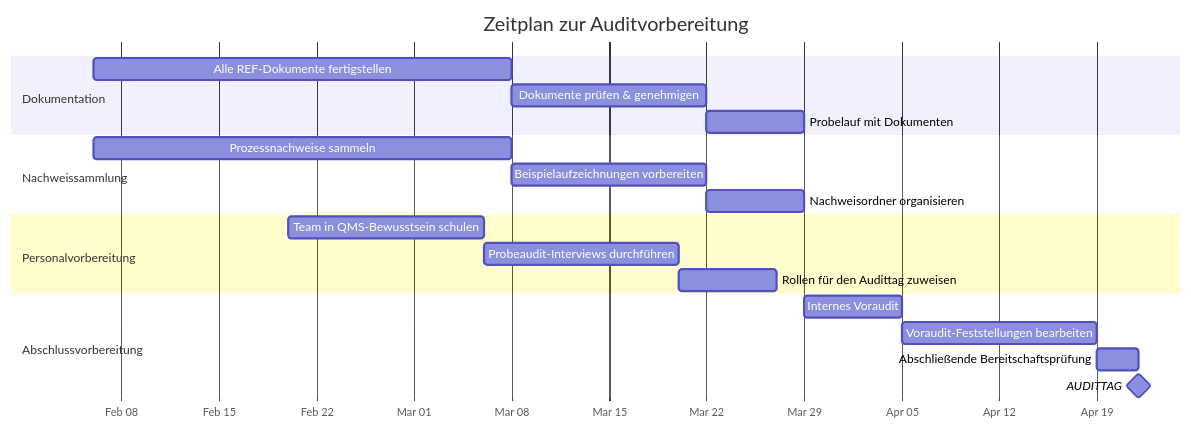
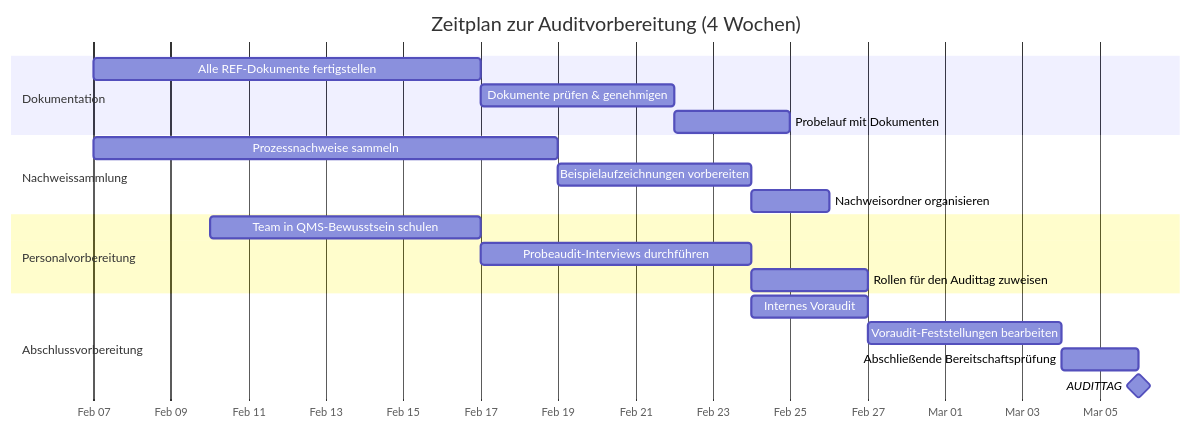
Before and after one commit to fwornle/iso-9001: the third of 3 diagrams in docs/getting-started/preparation-checklist.de.md, drawn with Mermaid. The commit also changed other lines of this file and 41 other files, not shown here.

````diff
--- a/docs/getting-started/preparation-checklist.de.md
+++ b/docs/getting-started/preparation-checklist.de.md
@@ -14,27 +217,27 @@
-```mermaid
-gantt
-    title Zeitplan zur Auditvorbereitung
-    dateFormat YYYY-MM-DD
-    axisFormat %b %d
+    ```mermaid
+    gantt
+        title Zeitplan zur Auditvorbereitung (4 Wochen)
+        dateFormat YYYY-MM-DD
+        axisFormat %b %d
 
-    section Dokumentation
-    Alle REF-Dokumente fertigstellen     :a1, 2026-02-06, 30d
-    Dokumente prüfen & genehmigen        :a2, after a1, 14d
-    Probelauf mit Dokumenten              :a3, after a2, 7d
+        section Dokumentation
+        Alle REF-Dokumente fertigstellen     :a1, 2026-02-07, 10d
+        Dokumente prüfen & genehmigen        :a2, after a1, 5d
+        Probelauf mit Dokumenten              :a3, after a2, 3d
 
-    section Nachweissammlung
-    Prozessnachweise sammeln              :b1, 2026-02-06, 30d
-    Beispielaufzeichnungen vorbereiten    :b2, after b1, 14d
-    Nachweisordner organisieren           :b3, after b2, 7d
+        section Nachweissammlung
+        Prozessnachweise sammeln              :b1, 2026-02-07, 12d
+        Beispielaufzeichnungen vorbereiten    :b2, after b1, 5d
+        Nachweisordner organisieren           :b3, after b2, 2d
 
-    section Personalvorbereitung
-    Team in QMS-Bewusstsein schulen       :c1, 2026-02-20, 14d
-    Probeaudit-Interviews durchführen     :c2, after c1, 14d
-    Rollen für den Audittag zuweisen      :c3, after c2, 7d
+        section Personalvorbereitung
+        Team in QMS-Bewusstsein schulen       :c1, 2026-02-10, 7d
+        Probeaudit-Interviews durchführen     :c2, after c1, 7d
+        Rollen für den Audittag zuweisen      :c3, after c2, 3d
 
-    section Abschlussvorbereitung
-    Internes Voraudit                     :d1, after a3, 7d
-    Voraudit-Feststellungen bearbeiten    :d2, after d1, 14d
-    Abschließende Bereitschaftsprüfung    :d3, after d2, 3d
-    AUDITTAG                              :milestone, after d3, 0d
-```
+        section Abschlussvorbereitung
+        Internes Voraudit                     :d1, 2026-02-24, 3d
+        Voraudit-Feststellungen bearbeiten    :d2, after d1, 5d
+        Abschließende Bereitschaftsprüfung    :d3, after d2, 2d
+        AUDITTAG                              :milestone, 2026-03-06, 0d
+    ```
````
